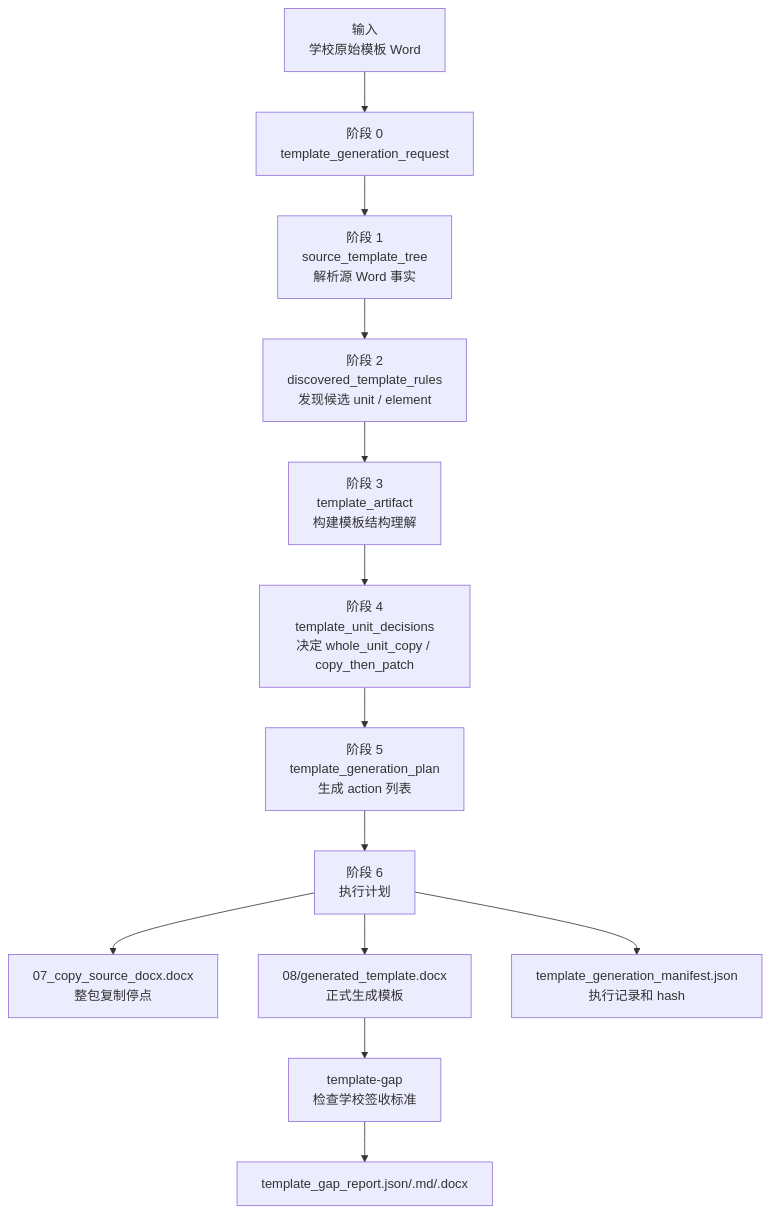
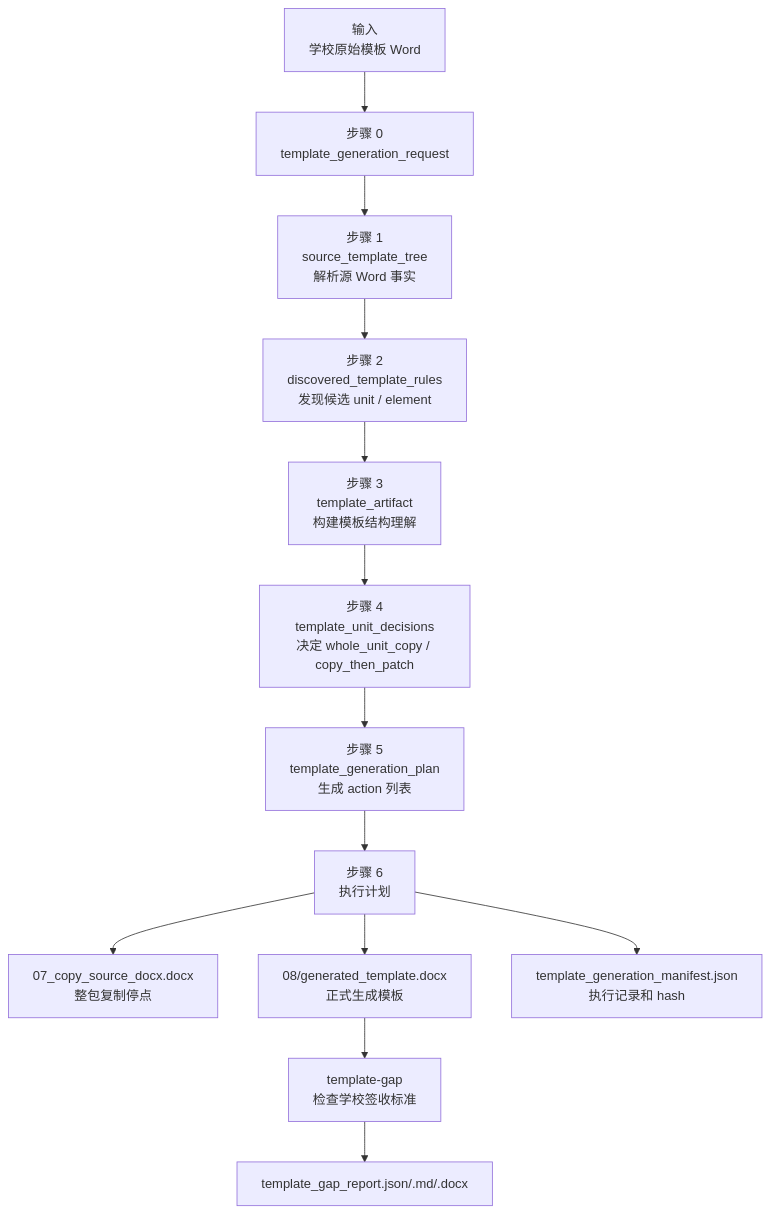
The diagram in docs/current/template-generation.md (bamao88/docfit_v3), drawn with Mermaid before and after one commit. The commit also changed other lines of this file and 7 other files, not shown here.

Commit message:
docs: align template generation flow

````diff
--- a/docs/current/template-generation.md
+++ b/docs/current/template-generation.md
@@ -43,15 +43,15 @@
 ```mermaid
 flowchart TD
-  A["输入<br/>学校原始模板 Word"] --> B["阶段 0<br/>template_generation_request"]
-  B --> C["阶段 1<br/>source_template_tree<br/>解析源 Word 事实"]
-  C --> D["阶段 2<br/>discovered_template_rules<br/>发现候选 unit / element"]
-  D --> E["阶段 3<br/>template_artifact<br/>构建模板结构理解"]
-  E --> F["阶段 4<br/>template_unit_decisions<br/>决定 whole_unit_copy / copy_then_patch"]
-  F --> G["阶段 5<br/>template_generation_plan<br/>生成 action 列表"]
-  G --> H["阶段 6<br/>执行计划"]
+  A["输入<br/>学校原始模板 Word"] --> B["步骤 0<br/>template_generation_request"]
+  B --> C["步骤 1<br/>source_template_tree<br/>解析源 Word 事实"]
+  C --> D["步骤 2<br/>discovered_template_rules<br/>发现候选 unit / element"]
+  D --> E["步骤 3<br/>template_artifact<br/>构建模板结构理解"]
+  E --> F["步骤 4<br/>template_unit_decisions<br/>决定 whole_unit_copy / copy_then_patch"]
+  F --> G["步骤 5<br/>template_generation_plan<br/>生成 action 列表"]
+  G --> H["步骤 6<br/>执行计划"]
   H --> I["07_copy_source_docx.docx<br/>整包复制停点"]
   H --> J["08/generated_template.docx<br/>正式生成模板"]
   H --> K["template_generation_manifest.json<br/>执行记录和 hash"]
   J --> L["template-gap<br/>检查学校签收标准"]
   L --> M["template_gap_report.json/.md/.docx"]
 ```
````
